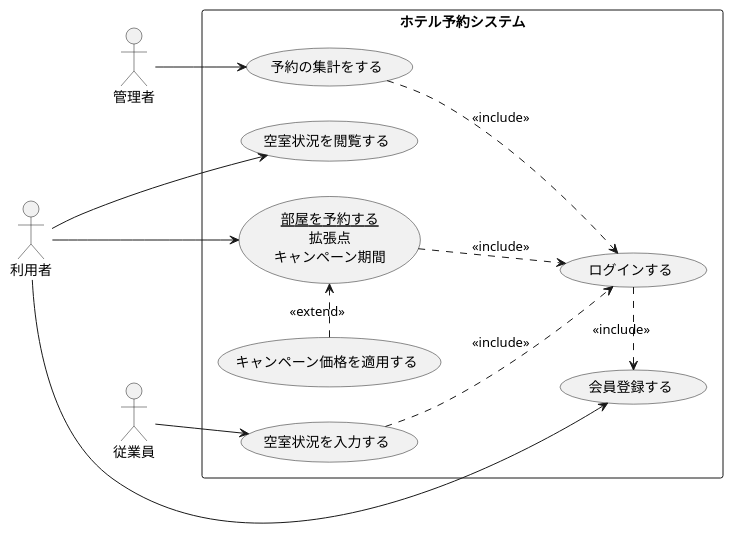
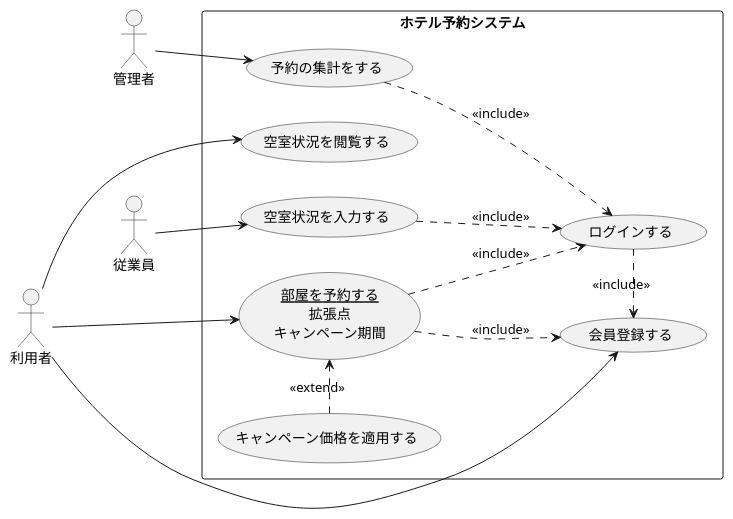
Before and after one commit to nozomu1210/uml-introduction: the diagram in 演習2-8_UC_ホテル予約システム.pu, drawn with PlantUML.

Commit message:
演習2-8

```diff
--- a/演習2-8_UC_ホテル予約システム.pu
+++ b/演習2-8_UC_ホテル予約システム.pu
@@ -1,25 +1,26 @@
 @startuml ユースケース図
 left to right direction
 actor 利用者 
 actor 従業員 
 actor 管理者 
 rectangle ホテル予約システム {
   usecase 空室状況を入力する
   usecase 空室状況を閲覧する
   usecase キャンペーン価格を適用する
   usecase 予約の集計をする
   usecase ログインする 
   usecase 会員登録する
   usecase (<u>部屋を予約する</u>\n拡張点\nキャンペーン期間) as a
 }
 利用者 -> 空室状況を閲覧する
 利用者 --> a 
 利用者 ----> 会員登録する 
 従業員 --> 空室状況を入力する
 管理者 --> 予約の集計をする
 a ..> ログインする : << include >>
 空室状況を入力する ..> ログインする : << include >>
 予約の集計をする ..> ログインする : << include >>
 キャンペーン価格を適用する .> a : <<extend>>
 ログインする .> 会員登録する : <<include>>
+a ..> 会員登録する : << include >>
 @enduml
```
